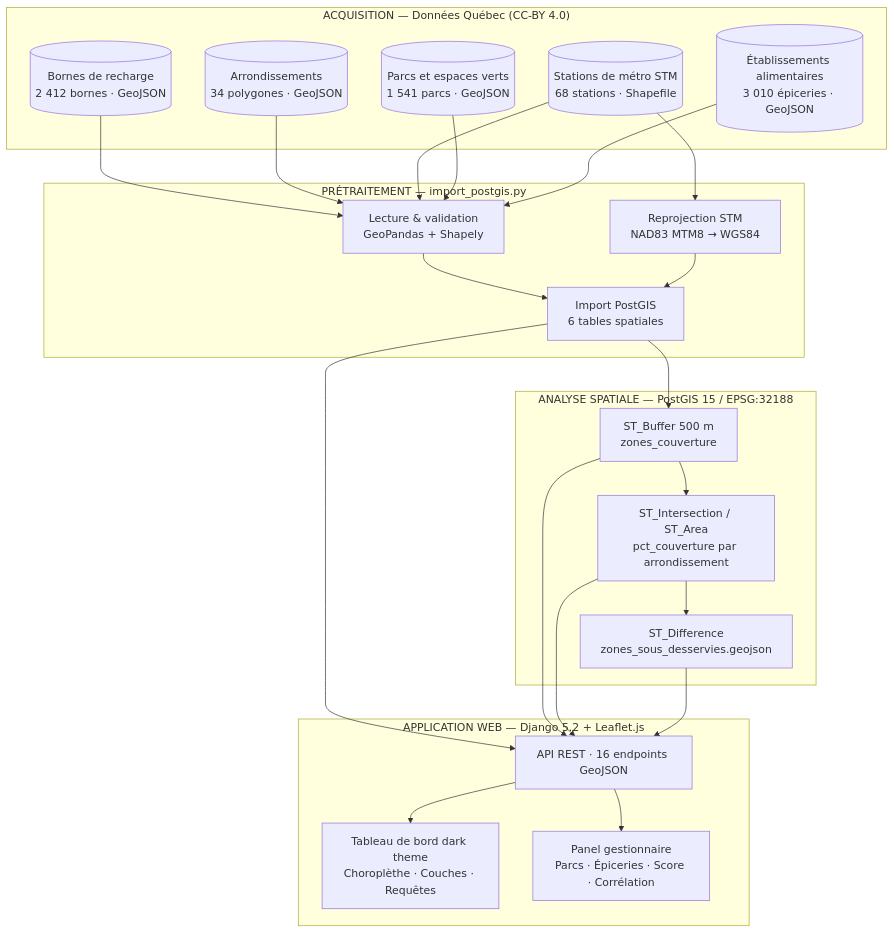
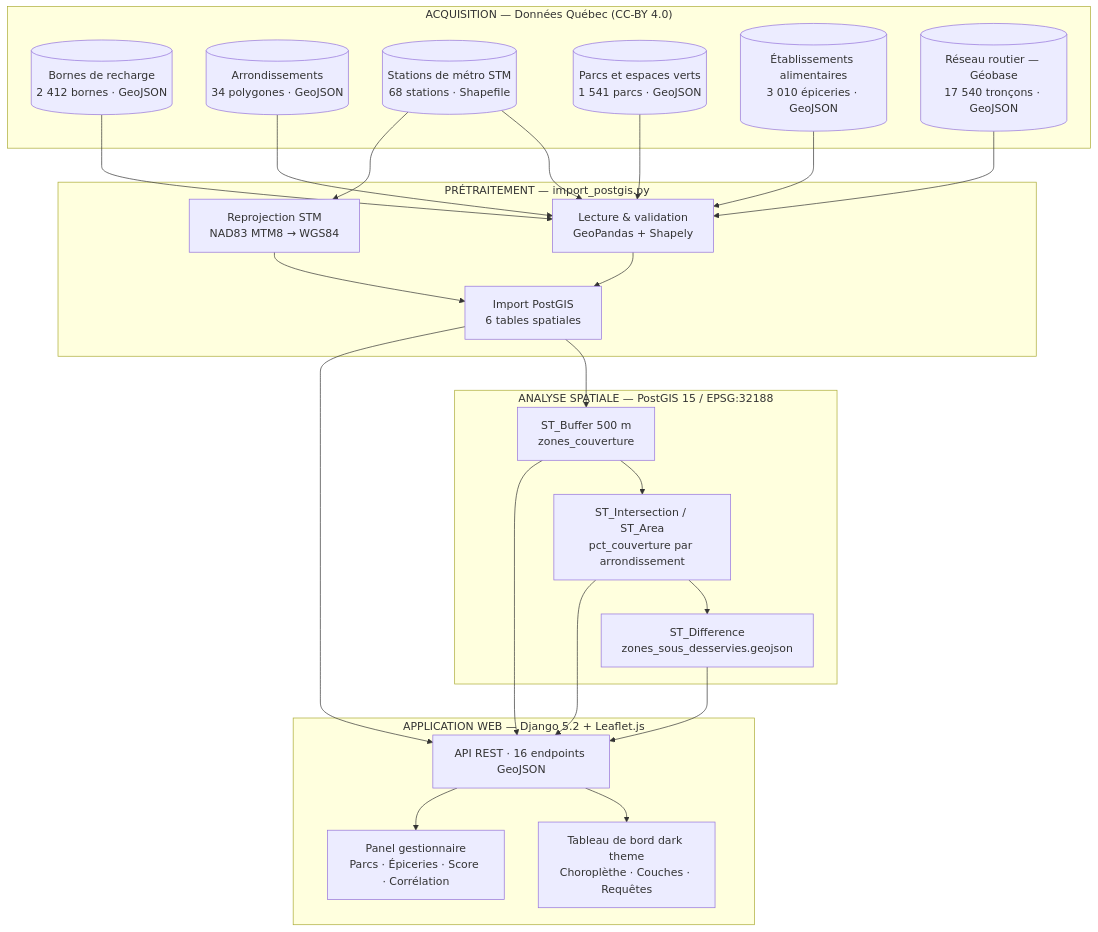
One commit to modou5604501/projet_Session changed the first of 2 diagrams in README.md. Above: the diagram before and after it, drawn with Mermaid. The commit also changed other lines of this file and 7 other files, not shown here.

First line of the commit message:
feat: intégration réseau routier Géobase (CLASSE >= 5, 17 540 tronçons)

````diff
--- a/README.md
+++ b/README.md
@@ -42,35 +43,36 @@
 ```mermaid
 flowchart TD
     subgraph ACQ["ACQUISITION — Données Québec (CC-BY 4.0)"]
         A1[("Bornes de recharge\n2 412 bornes · GeoJSON")]
         A2[("Arrondissements\n34 polygones · GeoJSON")]
         A3[("Stations de métro STM\n68 stations · Shapefile")]
         A4[("Parcs et espaces verts\n1 541 parcs · GeoJSON")]
         A5[("Établissements alimentaires\n3 010 épiceries · GeoJSON")]
+        A6[("Réseau routier — Géobase\n17 540 tronçons · GeoJSON")]
     end
 
     subgraph PRE["PRÉTRAITEMENT — import_postgis.py"]
         B1["Lecture & validation\nGeoPandas + Shapely"]
         B2["Reprojection STM\nNAD83 MTM8 → WGS84"]
         B3["Import PostGIS\n6 tables spatiales"]
     end
 
     subgraph ANA["ANALYSE SPATIALE — PostGIS 15 / EPSG:32188"]
         C1["ST_Buffer 500 m\nzones_couverture"]
         C2["ST_Intersection / ST_Area\npct_couverture par arrondissement"]
         C3["ST_Difference\nzones_sous_desservies.geojson"]
     end
 
     subgraph WEB["APPLICATION WEB — Django 5.2 + Leaflet.js"]
         D1["API REST · 16 endpoints GeoJSON"]
         D2["Tableau de bord dark theme\nChoroplèthe · Couches · Requêtes"]
         D3["Panel gestionnaire\nParcs · Épiceries · Score · Corrélation"]
     end
 
-    A1 & A2 & A3 & A4 & A5 --> B1
+    A1 & A2 & A3 & A4 & A5 & A6 --> B1
     A3 --> B2
     B1 & B2 --> B3
     B3 --> C1 --> C2 --> C3
     B3 & C1 & C2 & C3 --> D1
     D1 --> D2 & D3
 ```
````
